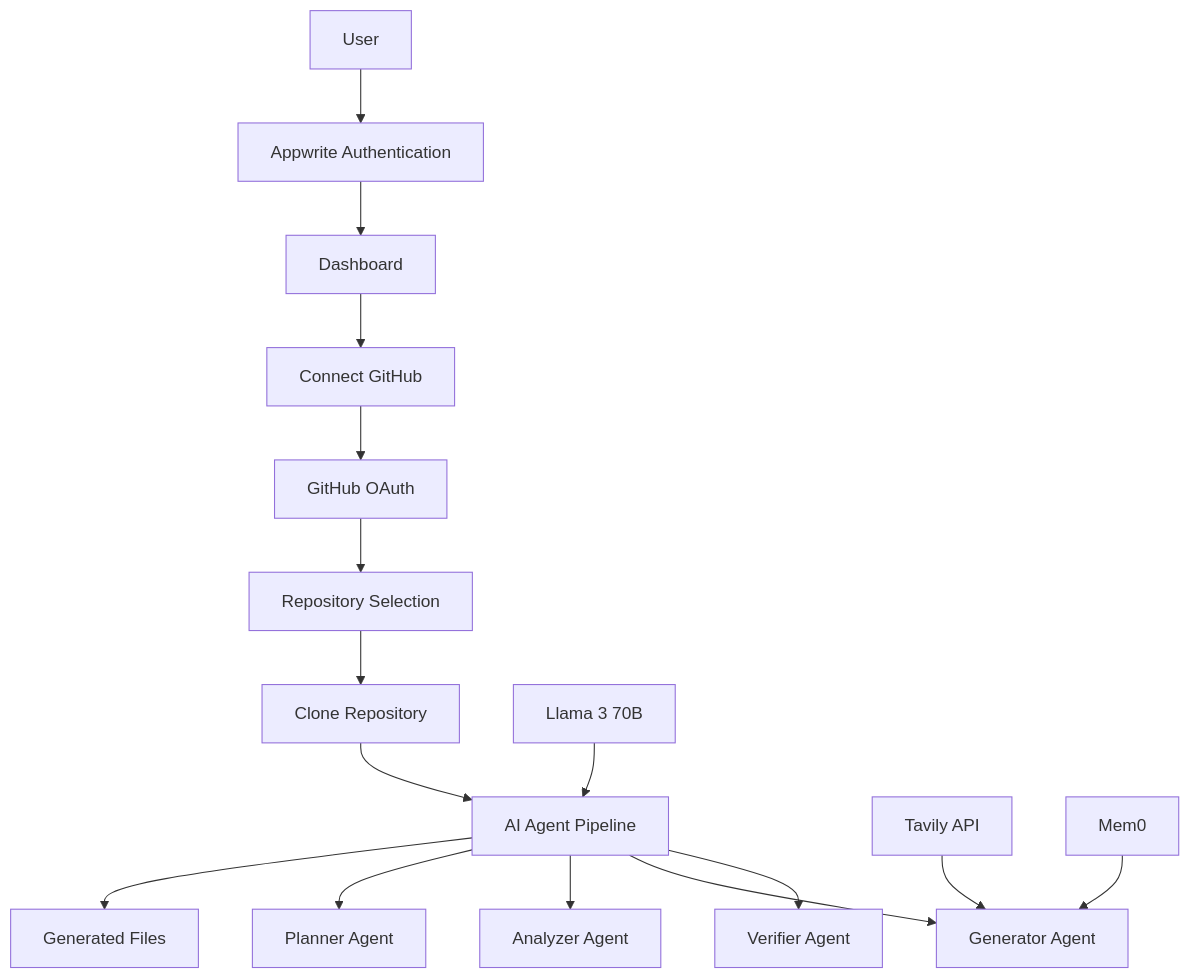
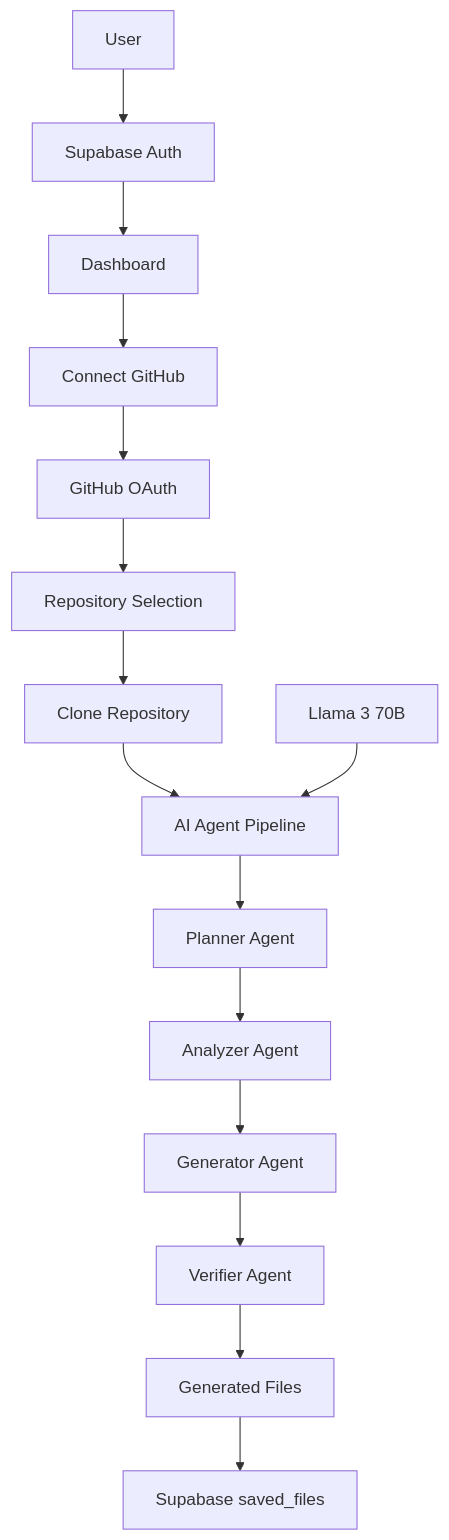
Before and after one commit to bipul724/InfraMind: the diagram in ARCHITECTURE.md, drawn with Mermaid. The commit also changed other lines of this file and 10 other files, not shown here.

````diff
--- a/ARCHITECTURE.md
+++ b/ARCHITECTURE.md
@@ -112,20 +144,18 @@
 ```mermaid
 graph TD
-    A[User] --> B[Appwrite Authentication]
+    A[User] --> B[Supabase Auth]
     B --> C[Dashboard]
     C --> D[Connect GitHub]
     D --> E[GitHub OAuth]
     E --> F[Repository Selection]
     F --> G[Clone Repository]
     G --> H[AI Agent Pipeline]
-    H --> I[Generated Files]
+    H --> J[Planner Agent]
+    J --> K[Analyzer Agent]
+    K --> L[Generator Agent]
+    L --> M[Verifier Agent]
+    M --> I[Generated Files]
     
-    H --> J[Planner Agent]
-    H --> K[Analyzer Agent]
-    H --> L[Generator Agent]
-    H --> M[Verifier Agent]
-    
-    N[Tavily API] --> L
-    O[Mem0] --> L
     P[Llama 3 70B] --> H
+    I --> Q[Supabase saved_files]
 ```
````
